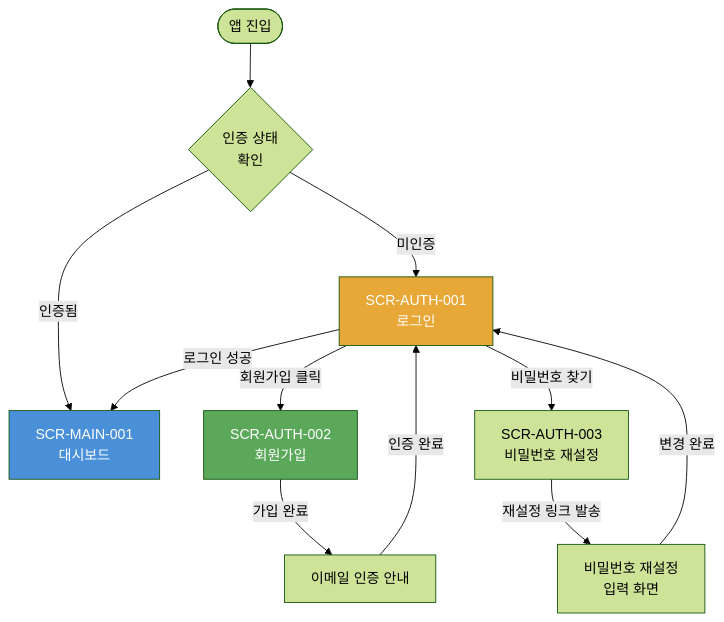
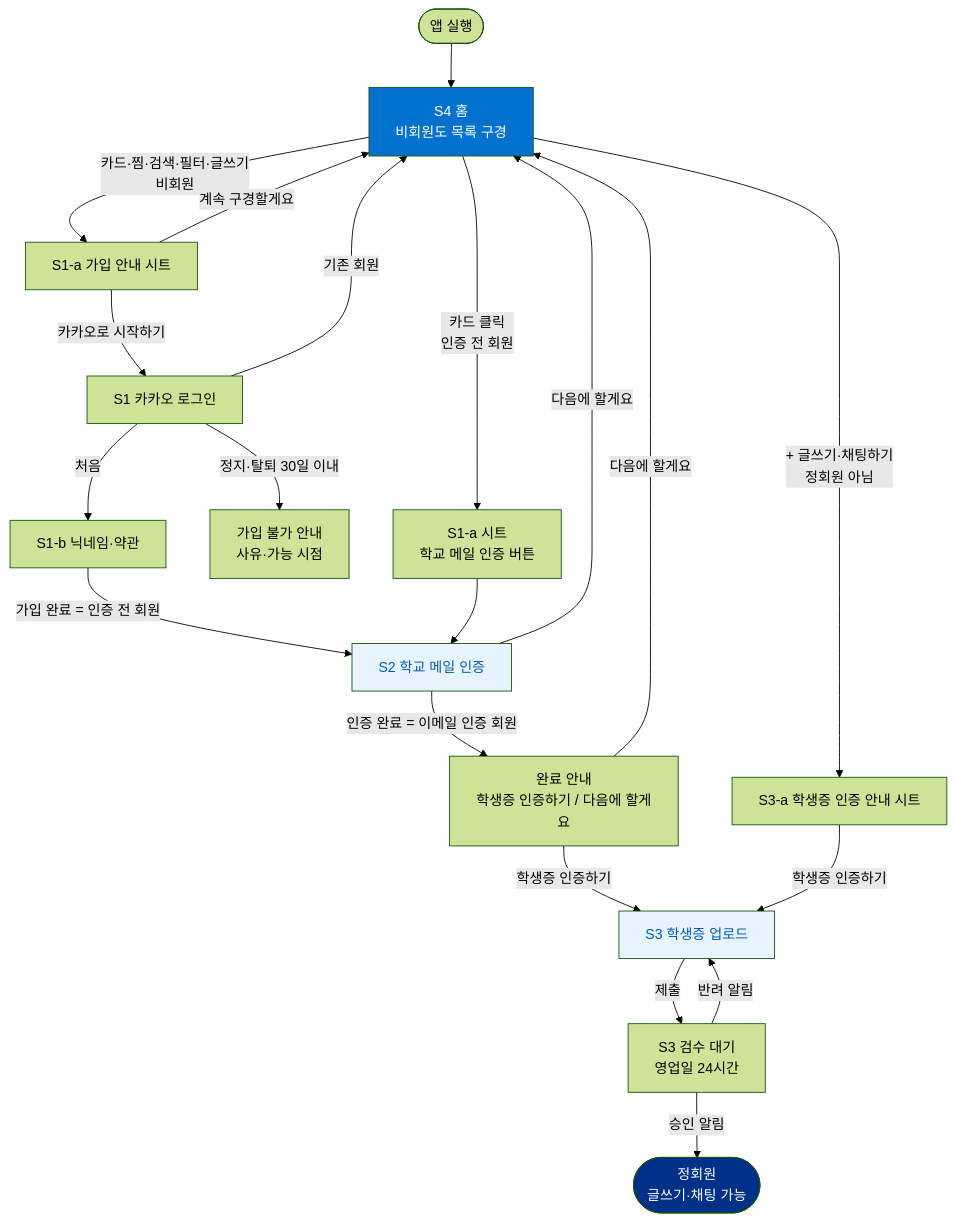
Before and after one commit to yuna14742/sookbak-sookbak: the first of 4 diagrams in waterfall/02-시스템설계/화면설계서.md, drawn with Mermaid (forest theme). The commit also changed other lines of this file and 2 other files, not shown here.

````diff
--- a/waterfall/02-시스템설계/화면설계서.md
+++ b/waterfall/02-시스템설계/화면설계서.md
@@ -87,20 +124,28 @@
 ```mermaid
 flowchart TD
-    START([앱 진입]) --> CHECK{인증 상태<br/>확인}
-    CHECK -->|미인증| LOGIN[SCR-AUTH-001<br/>로그인]
-    CHECK -->|인증됨| DASHBOARD[SCR-MAIN-001<br/>대시보드]
+    START([앱 실행]) --> HOME[S4 홈<br/>비회원도 목록 구경]
+    HOME -->|카드·찜·검색·필터·글쓰기<br/>비회원| GATE1[S1-a 가입 안내 시트]
+    GATE1 -->|카카오로 시작하기| S1[S1 카카오 로그인]
+    GATE1 -->|계속 구경할게요| HOME
+    S1 -->|처음| S1B[S1-b 닉네임·약관]
+    S1 -->|기존 회원| HOME
+    S1 -->|정지·탈퇴 30일 이내| BLOCKED[가입 불가 안내<br/>사유·가능 시점]
+    S1B -->|가입 완료 = 인증 전 회원| S2[S2 학교 메일 인증]
+    S2 -->|다음에 할게요| HOME
+    S2 -->|인증 완료 = 이메일 인증 회원| DONE1[완료 안내<br/>학생증 인증하기 / 다음에 할게요]
+    DONE1 -->|학생증 인증하기| S3[S3 학생증 업로드]
+    DONE1 -->|다음에 할게요| HOME
+    S3 -->|제출| WAIT[S3 검수 대기<br/>영업일 24시간]
+    WAIT -->|승인 알림| MEMBER([정회원<br/>글쓰기·채팅 가능])
+    WAIT -->|반려 알림| S3
 
-    LOGIN -->|로그인 성공| DASHBOARD
-    LOGIN -->|회원가입 클릭| REGISTER[SCR-AUTH-002<br/>회원가입]
-    LOGIN -->|비밀번호 찾기| FORGOT[SCR-AUTH-003<br/>비밀번호 재설정]
+    HOME -->|카드 클릭<br/>인증 전 회원| GATE1E[S1-a 시트<br/>학교 메일 인증 버튼]
+    GATE1E --> S2
+    HOME -->|+ 글쓰기·채팅하기<br/>정회원 아님| GATE2[S3-a 학생증 인증 안내 시트]
+    GATE2 -->|학생증 인증하기| S3
 
-    REGISTER -->|가입 완료| EMAIL_VERIFY[이메일 인증 안내]
-    EMAIL_VERIFY -->|인증 완료| LOGIN
-
-    FORGOT -->|재설정 링크 발송| RESET[비밀번호 재설정<br/>입력 화면]
-    RESET -->|변경 완료| LOGIN
-
-    style LOGIN fill:#E8A838,color:#fff
-    style DASHBOARD fill:#4A90D9,color:#fff
-    style REGISTER fill:#5BA85B,color:#fff
+    style HOME fill:#0072CE,color:#fff
+    style S2 fill:#E8F4FD,color:#005BB0
+    style S3 fill:#E8F4FD,color:#005BB0
+    style MEMBER fill:#003087,color:#fff
 ```
````
